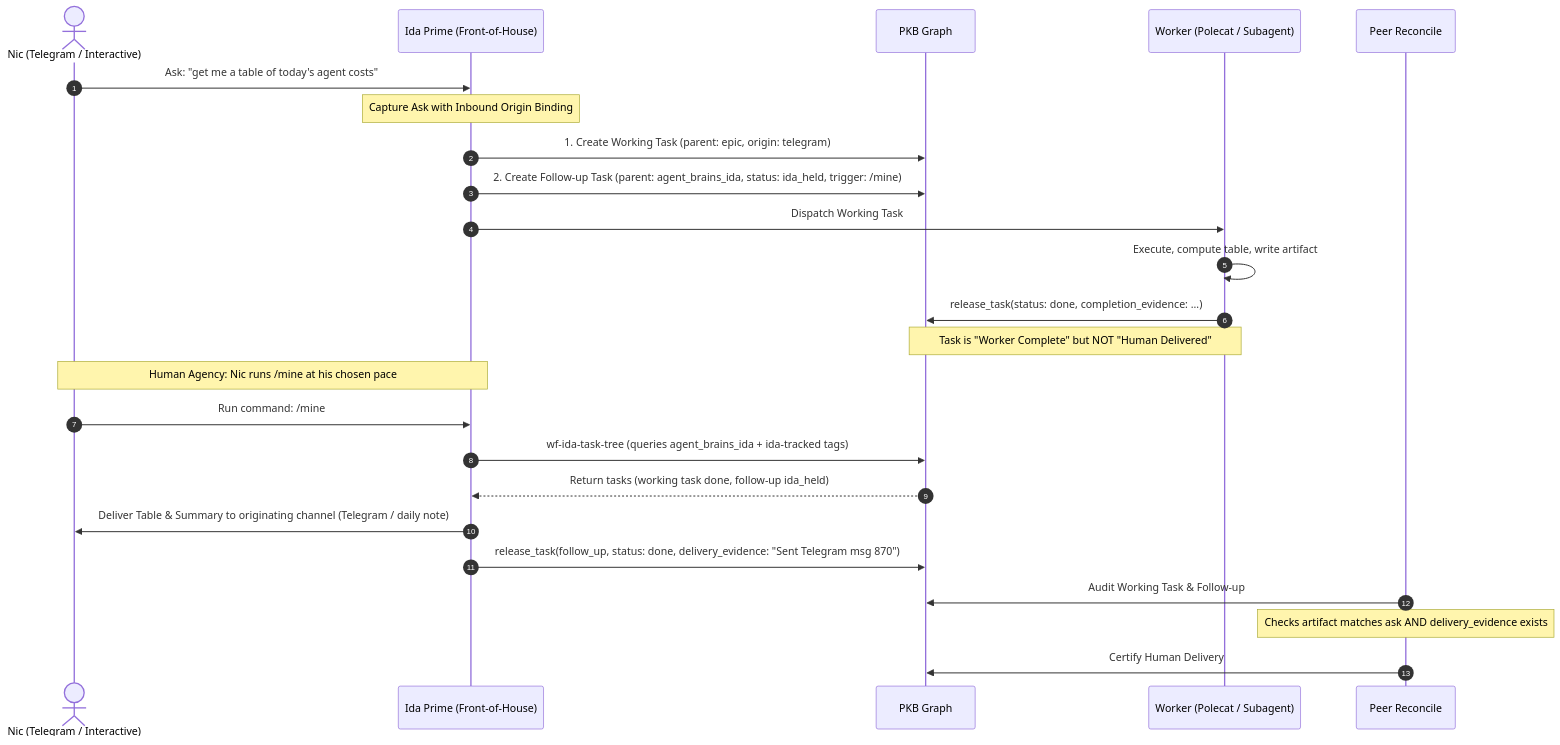
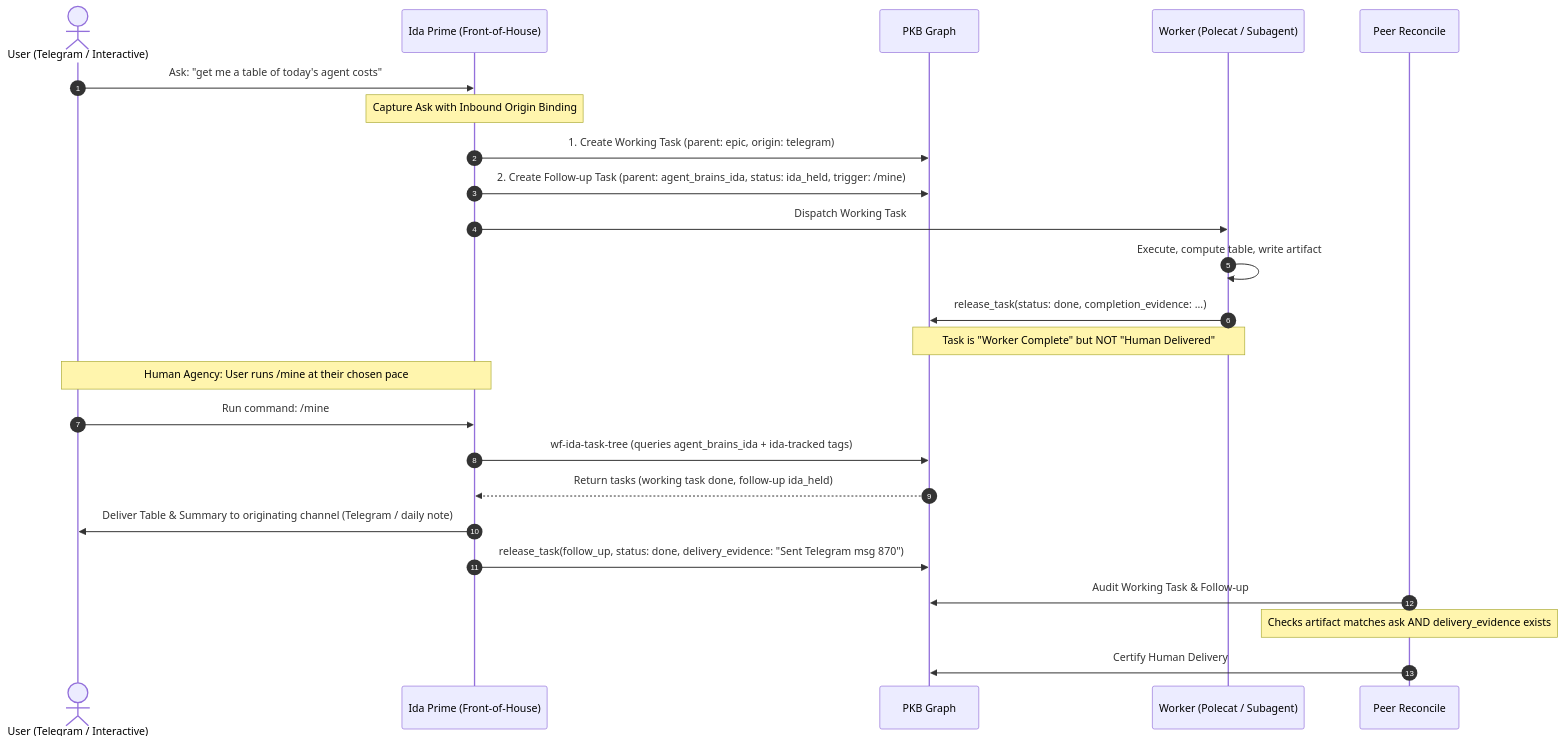
One commit to nicsuzor/academicOps changed the diagram in specs/enforcement/human-delivery-contract.md. Above: the diagram before and after it, drawn with Mermaid. The commit also changed other lines of this file and 21 other files, not shown here.

First line of the commit message:
chore: replace personal references to Nic with 'the user' in public code

````diff
--- a/specs/enforcement/human-delivery-contract.md
+++ b/specs/enforcement/human-delivery-contract.md
@@ -62,29 +62,29 @@
 ```mermaid
 sequenceDiagram
     autonumber
-    actor Nic as Nic (Telegram / Interactive)
+    actor User as User (Telegram / Interactive)
     participant Ida as Ida Prime (Front-of-House)
     participant PKB as PKB Graph
     participant Worker as Worker (Polecat / Subagent)
     participant Reconcile as Peer Reconcile
 
-    Nic->>Ida: Ask: "get me a table of today's agent costs"
+    User->>Ida: Ask: "get me a table of today's agent costs"
     Note over Ida: Capture Ask with Inbound Origin Binding
     Ida->>PKB: 1. Create Working Task (parent: epic, origin: telegram)
     Ida->>PKB: 2. Create Follow-up Task (parent: agent_brains_ida, status: ida_held, trigger: /mine)
     Ida->>Worker: Dispatch Working Task
     Worker->>Worker: Execute, compute table, write artifact
     Worker->>PKB: release_task(status: done, completion_evidence: ...)
     Note over Worker,PKB: Task is "Worker Complete" but NOT "Human Delivered"
     
-    Note over Nic,Ida: Human Agency: Nic runs /mine at his chosen pace
-    Nic->>Ida: Run command: /mine
+    Note over User,Ida: Human Agency: User runs /mine at their chosen pace
+    User->>Ida: Run command: /mine
     Ida->>PKB: wf-ida-task-tree (queries agent_brains_ida + ida-tracked tags)
     PKB-->>Ida: Return tasks (working task done, follow-up ida_held)
-    Ida->>Nic: Deliver Table & Summary to originating channel (Telegram / daily note)
+    Ida->>User: Deliver Table & Summary to originating channel (Telegram / daily note)
     Ida->>PKB: release_task(follow_up, status: done, delivery_evidence: "Sent Telegram msg 870")
     
     Reconcile->>PKB: Audit Working Task & Follow-up
     Note over Reconcile: Checks artifact matches ask AND delivery_evidence exists
     Reconcile->>PKB: Certify Human Delivery
 ```
````
